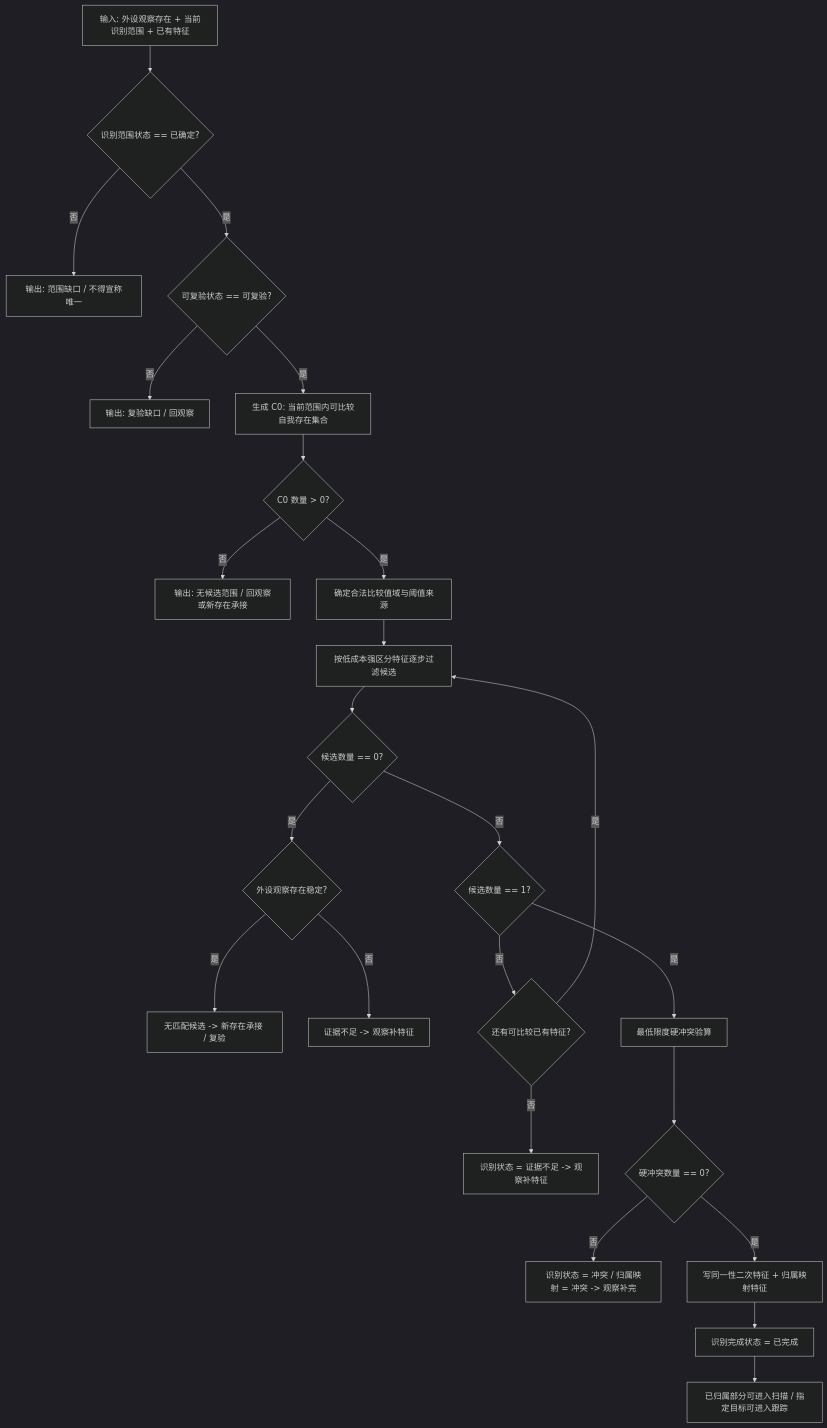
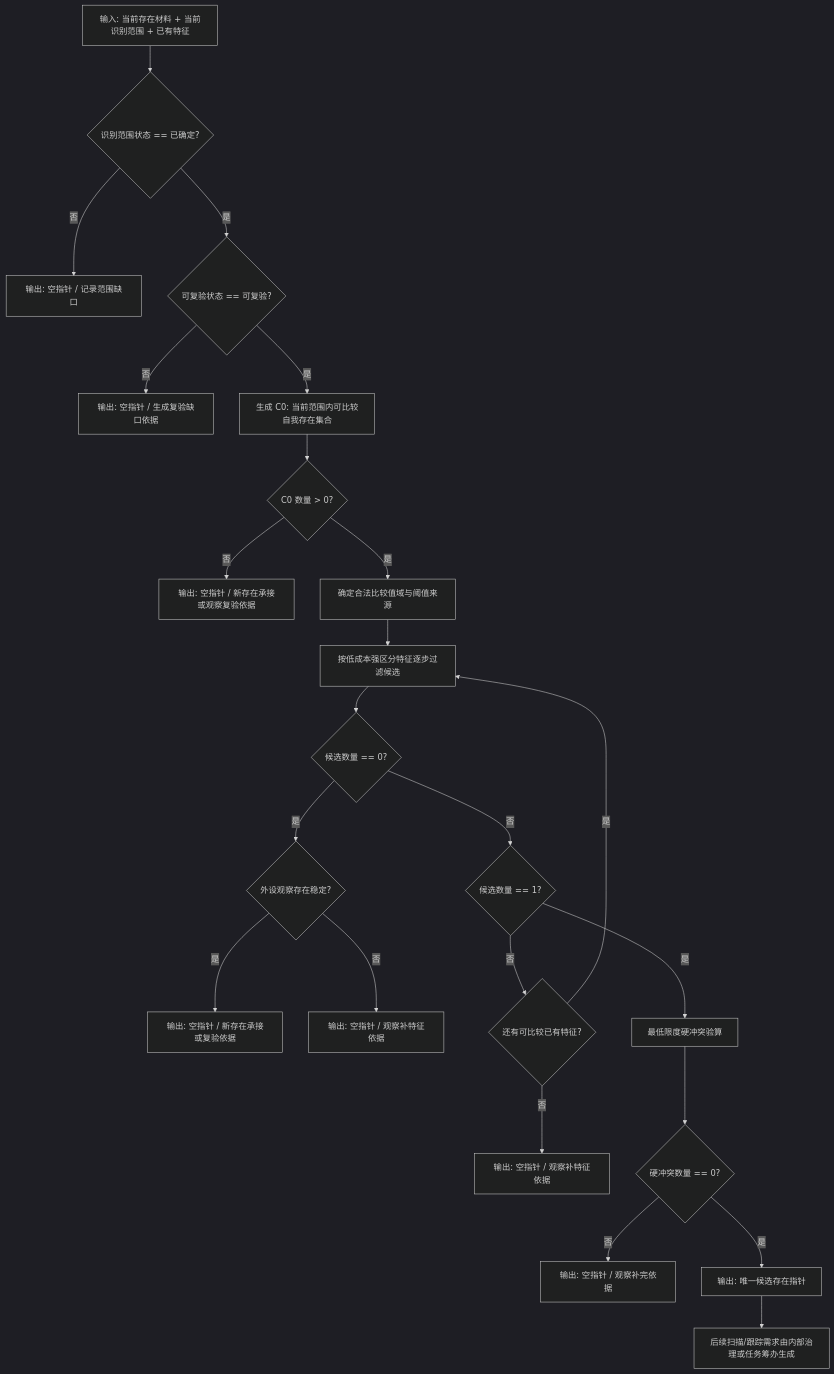
Before and after one commit to chunhaizh-cyber/Birthplace-of-digital-civilization: the diagram in 规范/识别本能方法唯一性收敛规范20260607.md, drawn with Mermaid (dark theme). The commit also changed other lines of this file and 8 other files, not shown here.

````diff
--- a/规范/识别本能方法唯一性收敛规范20260607.md
+++ b/规范/识别本能方法唯一性收敛规范20260607.md
@@ -536,26 +539,25 @@
 ```mermaid
 flowchart TD
-    A["输入: 外设观察存在 + 当前识别范围 + 已有特征"] --> B{"识别范围状态 == 已确定?"}
-    B -- "否" --> B1["输出: 范围缺口 / 不得宣称唯一"]
+    A["输入: 当前存在材料 + 当前识别范围 + 已有特征"] --> B{"识别范围状态 == 已确定?"}
+    B -- "否" --> B1["输出: 空指针 / 记录范围缺口"]
     B -- "是" --> C{"可复验状态 == 可复验?"}
-    C -- "否" --> C1["输出: 复验缺口 / 回观察"]
+    C -- "否" --> C1["输出: 空指针 / 生成复验缺口依据"]
     C -- "是" --> D["生成 C0: 当前范围内可比较自我存在集合"]
     D --> E{"C0 数量 > 0?"}
-    E -- "否" --> E1["输出: 无候选范围 / 回观察或新存在承接"]
+    E -- "否" --> E1["输出: 空指针 / 新存在承接或观察复验依据"]
     E -- "是" --> F["确定合法比较值域与阈值来源"]
     F --> G["按低成本强区分特征逐步过滤候选"]
     G --> H{"候选数量 == 0?"}
     H -- "是" --> H1{"外设观察存在稳定?"}
-    H1 -- "是" --> H2["无匹配候选 -> 新存在承接 / 复验"]
-    H1 -- "否" --> H3["证据不足 -> 观察补特征"]
+    H1 -- "是" --> H2["输出: 空指针 / 新存在承接或复验依据"]
+    H1 -- "否" --> H3["输出: 空指针 / 观察补特征依据"]
     H -- "否" --> I{"候选数量 == 1?"}
     I -- "否" --> J{"还有可比较已有特征?"}
     J -- "是" --> G
-    J -- "否" --> J1["识别状态 = 证据不足 -> 观察补特征"]
+    J -- "否" --> J1["输出: 空指针 / 观察补特征依据"]
     I -- "是" --> K["最低限度硬冲突验算"]
     K --> L{"硬冲突数量 == 0?"}
-    L -- "否" --> L1["识别状态 = 冲突 / 归属映射 = 冲突 -> 观察补完"]
-    L -- "是" --> M["写同一性二次特征 + 归属映射特征"]
-    M --> N["识别完成状态 = 已完成"]
-    N --> O["已归属部分可进入扫描 / 指定目标可进入跟踪"]
+    L -- "否" --> L1["输出: 空指针 / 观察补完依据"]
+    L -- "是" --> M["输出: 唯一候选存在指针"]
+    M --> N["后续扫描/跟踪需求由内部治理或任务筹办生成"]
 ```
````
